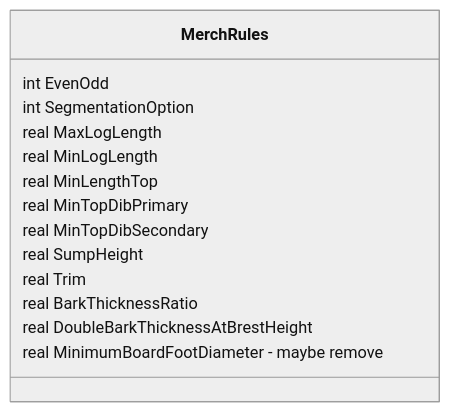
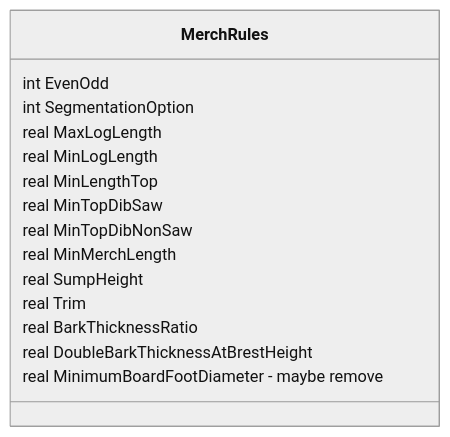
Before and after one commit to FMSC-Measurements/VolumeLibrary: the sixth of 6 diagrams in docs/NewVolLibPlanning/VolumeCalulationFlow.md, drawn with Mermaid (neutral theme). The commit also changed other lines of this file and 2 other files, not shown here.

````diff
--- a/docs/NewVolLibPlanning/VolumeCalulationFlow.md
+++ b/docs/NewVolLibPlanning/VolumeCalulationFlow.md
@@ -175,18 +150,19 @@
 ``` mermaid
 classDiagram
     class MerchRules {
         int EvenOdd
         int SegmentationOption
         real MaxLogLength
         real MinLogLength
         real MinLengthTop
-        real MinTopDibPrimary
-        real MinTopDibSecondary
+        real MinTopDibSaw
+        real MinTopDibNonSaw
+        real MinMerchLength
 
         real SumpHeight
         real Trim
         real BarkThicknessRatio
         real DoubleBarkThicknessAtBrestHeight
         real MinimumBoardFootDiameter - maybe remove
     }
 ```
````
